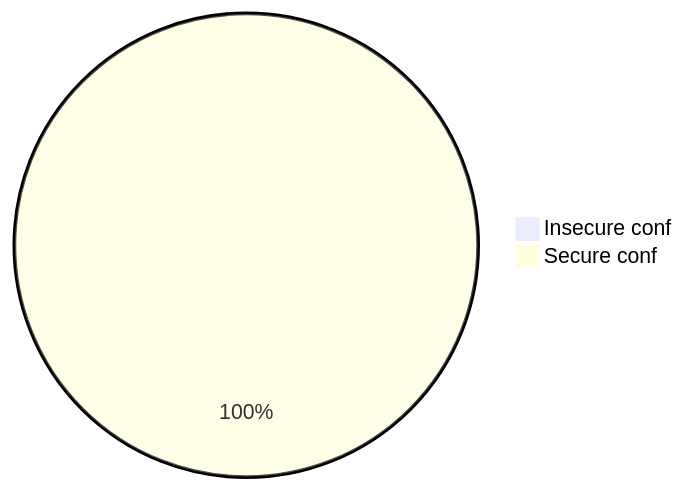
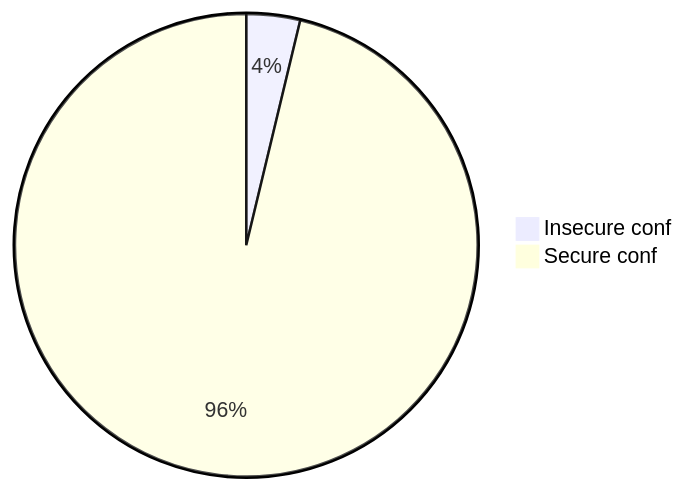
Diagram 19 of 20 in stats.md (oshp/oshp-stats), drawn with Mermaid before and after one commit. The commit also changed other lines of this file and 1 other file, not shown here.

Commit message:
Adjust stats on insecure config of the referrer-policy

````diff
--- a/stats.md
+++ b/stats.md
@@ -226,6 +228,6 @@
 ```mermaid
 pie
-	"Insecure conf" : 0.16
-	"Secure conf" : 99.84
+	"Insecure conf" : 3.75
+	"Secure conf" : 96.25
 
 ```
````
